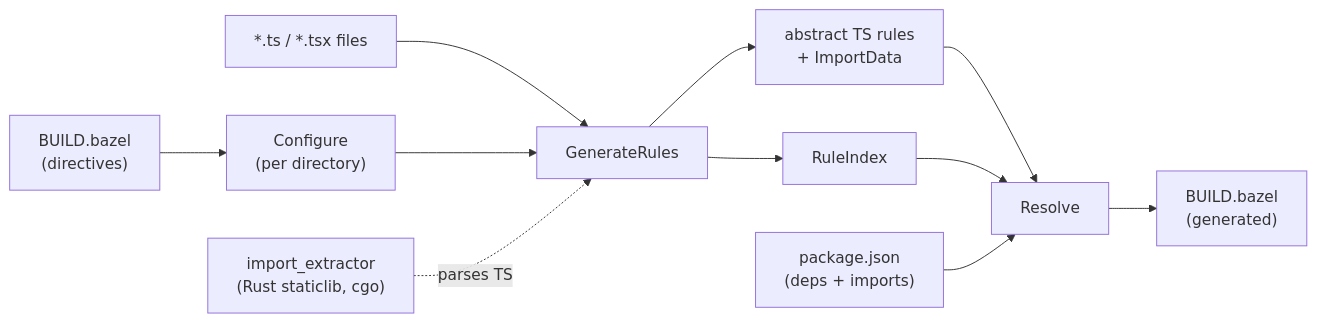
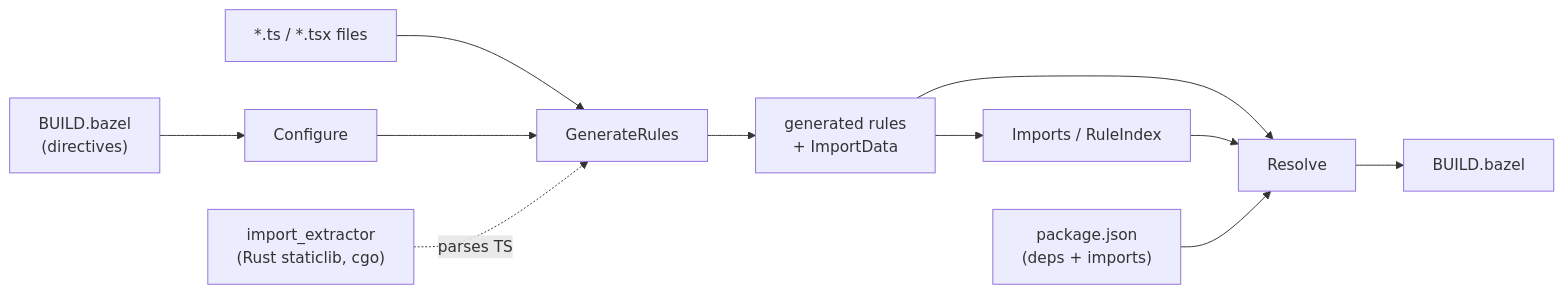
The diagram in README.md (hermeticbuild/gazelle_plugins), drawn with Mermaid before and after one commit. The commit also changed other lines of this file, not shown here.

````diff
--- a/README.md
+++ b/README.md
@@ -113,13 +425,13 @@
 ```mermaid
 flowchart LR
-    A["BUILD.bazel<br/>(directives)"] --> CFG["Configure<br/>(per directory)"]
+    A["BUILD.bazel<br/>(directives)"] --> CFG["Configure"]
     F["*.ts / *.tsx files"] --> GEN["GenerateRules"]
     CFG --> GEN
-    SUB["import_extractor<br/>(Rust staticlib, cgo)"] -. parses TS .-> GEN
-    GEN --> RULES["abstract TS rules<br/>+ ImportData"]
-    GEN --> IDX["RuleIndex"]
+    EXT["import_extractor<br/>(Rust staticlib, cgo)"] -. parses TS .-> GEN
+    GEN --> RULES["generated rules<br/>+ ImportData"]
+    RULES --> IDX["Imports / RuleIndex"]
     RULES --> RES["Resolve"]
     IDX --> RES
     PKG["package.json<br/>(deps + imports)"] --> RES
-    RES --> OUT["BUILD.bazel<br/>(generated)"]
+    RES --> OUT["BUILD.bazel"]
 ```
````
